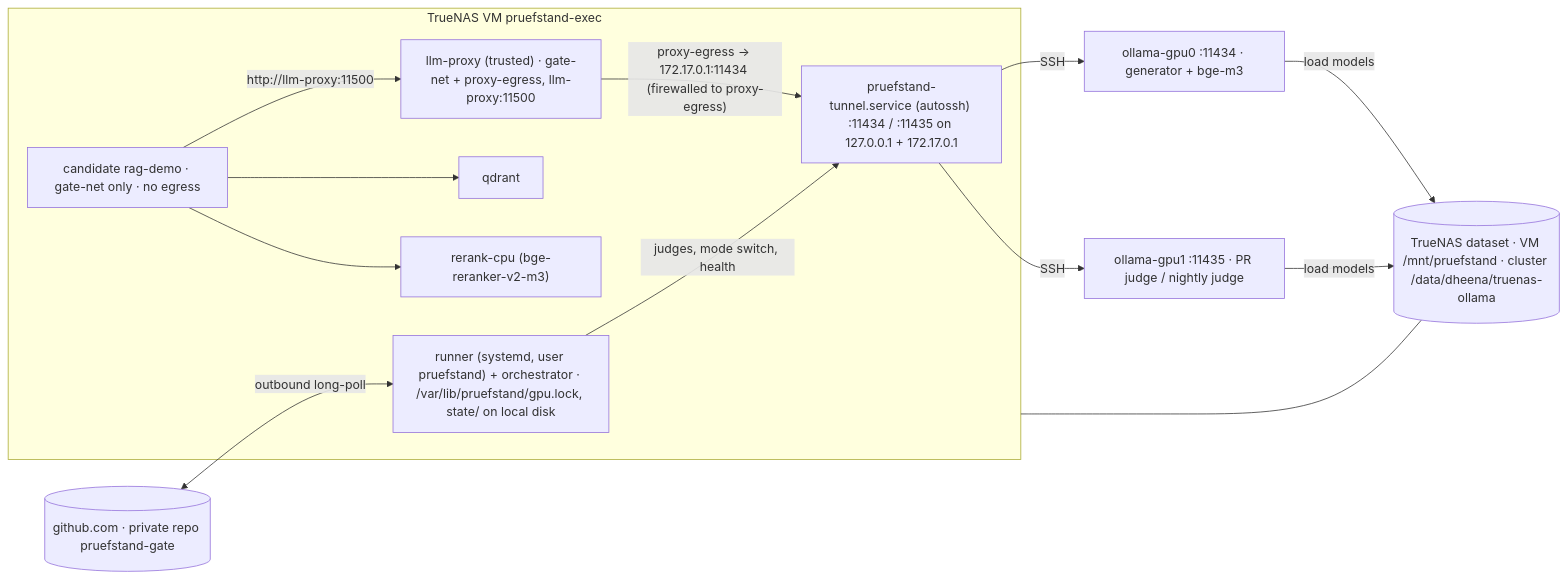
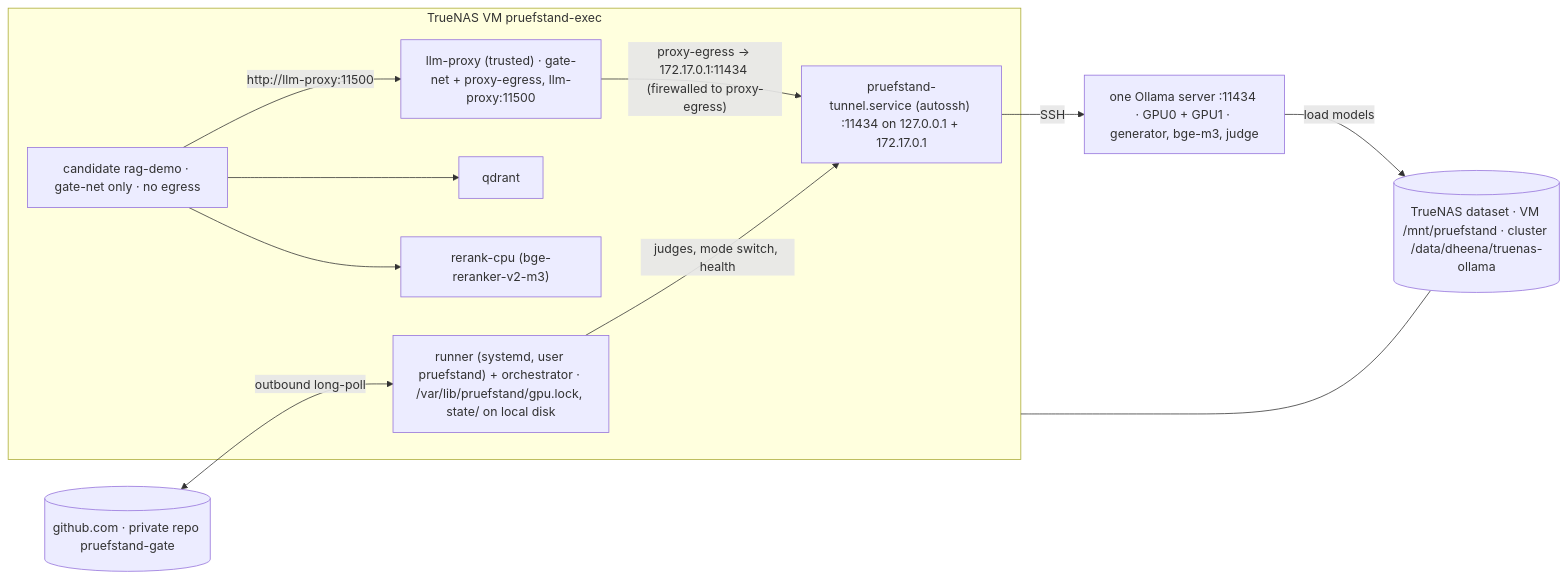
One commit to dheena18/pruefstand changed the diagram in docs/engineering/gpu-cluster.md. Above: the diagram before and after it, drawn with Mermaid. The commit also changed other lines of this file and 44 other files, not shown here.

First line of the commit message:
docs: record cluster setup and switch to one Ollama server (ADR-0018)

````diff
--- a/docs/engineering/gpu-cluster.md
+++ b/docs/engineering/gpu-cluster.md
@@ -82,19 +85,19 @@
 ```mermaid
 flowchart LR
   GH[("github.com · private repo pruefstand-gate")] <-->|"outbound long-poll"| RUN
   subgraph VM["TrueNAS VM pruefstand-exec"]
     RUN["runner (systemd, user pruefstand) + orchestrator · /var/lib/pruefstand/gpu.lock, state/ on local disk"]
     PROXY["llm-proxy (trusted) · gate-net + proxy-egress, llm-proxy:11500"]
     CAND["candidate rag-demo · gate-net only · no egress"]
     Q["qdrant"] & RR["rerank-cpu (bge-reranker-v2-m3)"]
-    TUN["pruefstand-tunnel.service (autossh) :11434 / :11435 on 127.0.0.1 + 172.17.0.1"]
+    TUN["pruefstand-tunnel.service (autossh) :11434 on 127.0.0.1 + 172.17.0.1"]
   end
   CAND -->|"http://llm-proxy:11500"| PROXY
   CAND --> Q & RR
   PROXY -->|"proxy-egress → 172.17.0.1:11434 (firewalled to proxy-egress)"| TUN
   RUN -->|"judges, mode switch, health"| TUN
-  TUN -->|"SSH"| O0["ollama-gpu0 :11434 · generator + bge-m3"] & O1["ollama-gpu1 :11435 · PR judge / nightly judge"]
+  TUN -->|"SSH"| OL["one Ollama server :11434 · GPU0 + GPU1 · generator, bge-m3, judge"]
   NAS[("TrueNAS dataset · VM /mnt/pruefstand · cluster /data/dheena/truenas-ollama")]
   VM --- NAS
-  O0 & O1 -->|"load models"| NAS
+  OL -->|"load models"| NAS
 ```
````
